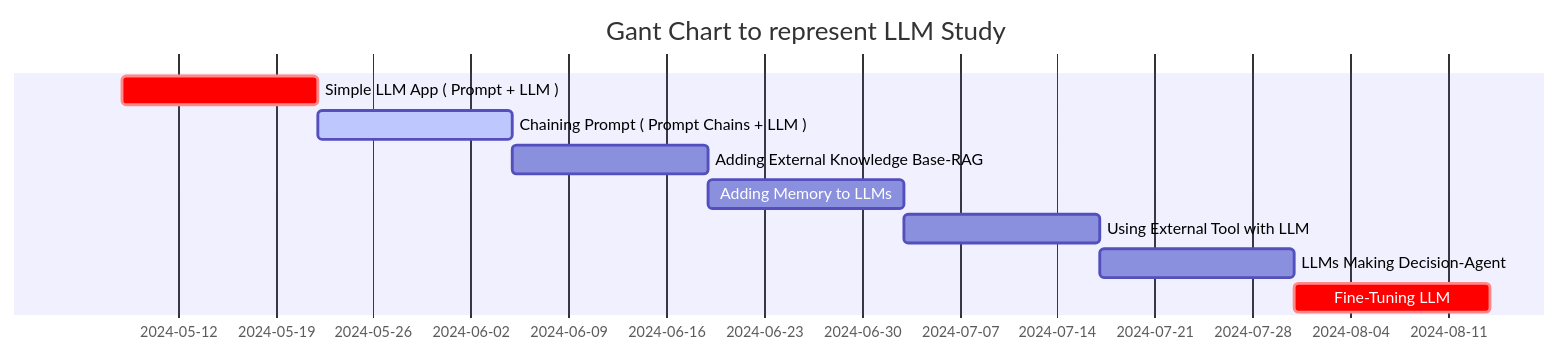
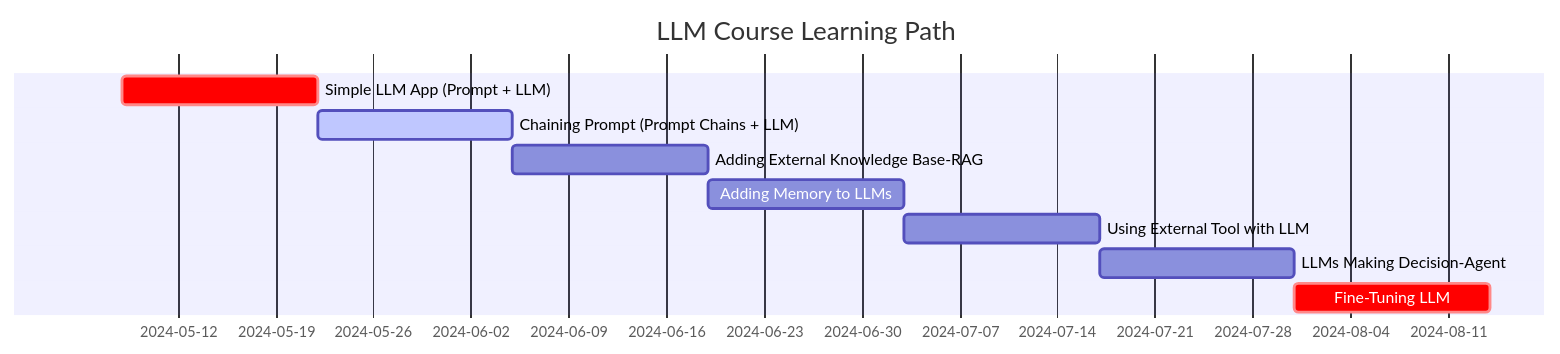
The diagram in _posts/2024-05-12-llm-course-trying.md (akillness/akillness.github.io), drawn with Mermaid before and after one commit. The commit also changed other lines of this file and 114 other files, not shown here.

````diff
--- a/_posts/2024-05-12-llm-course-trying.md
+++ b/_posts/2024-05-12-llm-course-trying.md
@@ -27,11 +39,11 @@
 ```mermaid
- gantt
-  title Gant Chart to represent LLM Study
-  Simple LLM App ( Prompt + LLM ) :crit, a, 2024-05-08, 2w
-  Chaining Prompt ( Prompt Chains + LLM ) :active, b, after a, 2w
+gantt
+  title LLM Course Learning Path
+  Simple LLM App (Prompt + LLM) :crit, a, 2024-05-08, 2w
+  Chaining Prompt (Prompt Chains + LLM) :active, b, after a, 2w
   Adding External Knowledge Base-RAG :c, after b, 2w
   Adding Memory to LLMs : d, after c, 2w
   Using External Tool with LLM : e, after d, 2w
   LLMs Making Decision-Agent : f, after e, 2w
-  Fine-Tuning LLM : crit,g, after f, 2w
+  Fine-Tuning LLM : crit, g, after f, 2w
 ```
````
